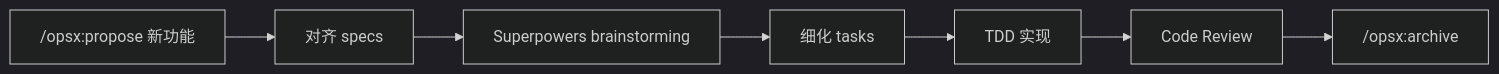
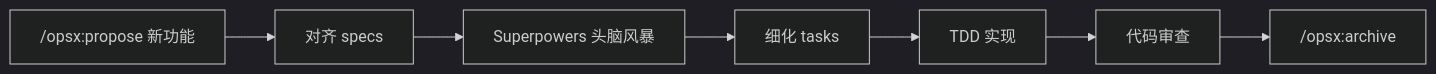
Before and after one commit to YingMuHuaDao1998/my-blob: the fourth of 4 diagrams in Superpowers/Superpowers与OpenSpec结合使用指南.md, drawn with Mermaid (dark theme). The commit also changed other lines of this file, not shown here.

````diff
--- a/Superpowers/Superpowers与OpenSpec结合使用指南.md
+++ b/Superpowers/Superpowers与OpenSpec结合使用指南.md
@@ -238,9 +238,9 @@
 ```mermaid
 flowchart LR
     A["/opsx:propose 新功能"] --> B[对齐 specs]
-    B --> C[Superpowers brainstorming]
+    B --> C[Superpowers 头脑风暴]
     C --> D[细化 tasks]
     D --> E[TDD 实现]
-    E --> F[Code Review]
+    E --> F[代码审查]
     F --> G["/opsx:archive"]
 ```
````
